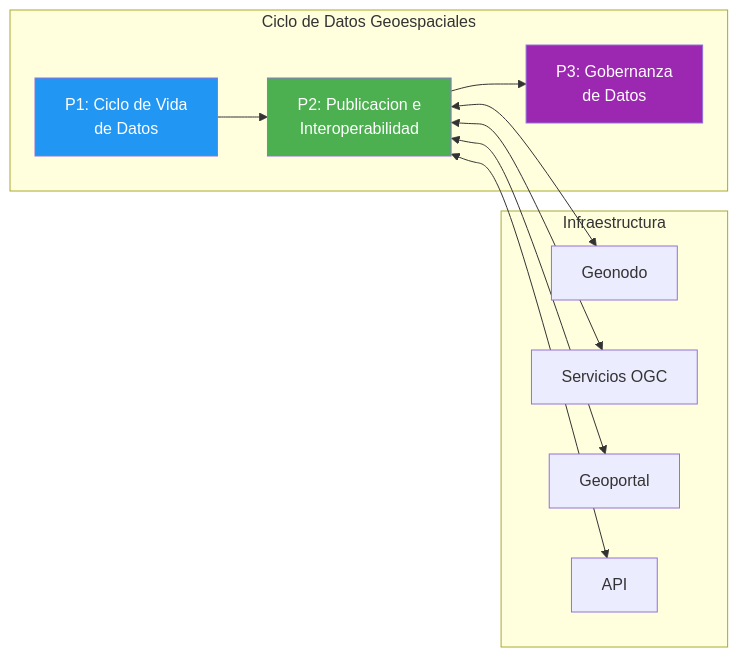
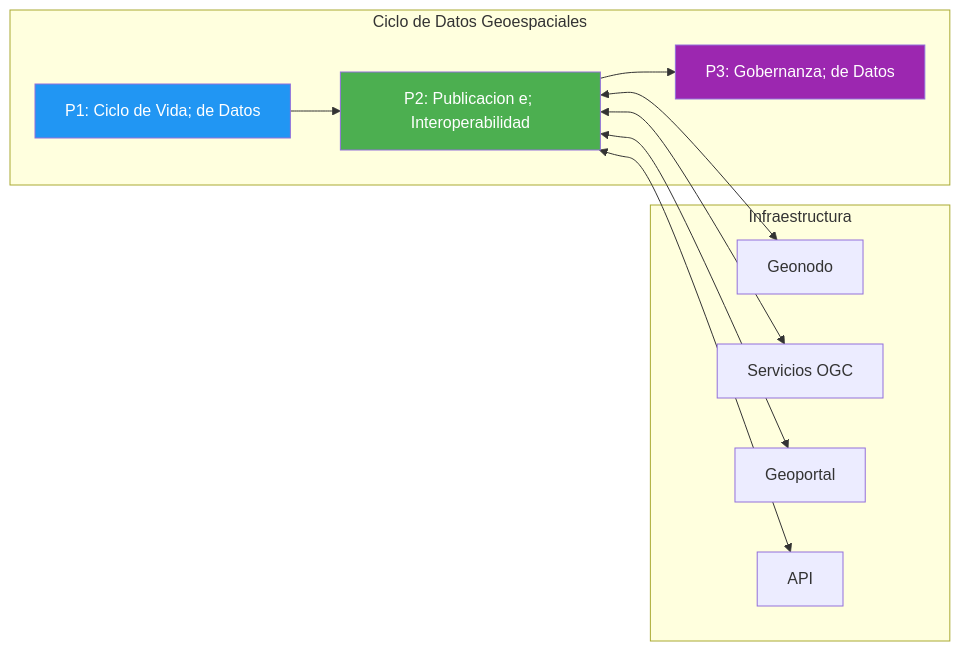
One commit to felix-antonio-sl/kora changed the first of 7 diagrams in KNOWLEDGE/gn/kb/bpmn-geoespacial-ide.md. Above: the diagram before and after it, drawn with Mermaid. The commit also changed other lines of this file and 1034 other files, not shown here.

````diff
--- a/KNOWLEDGE/gn/kb/bpmn-geoespacial-ide.md
+++ b/KNOWLEDGE/gn/kb/bpmn-geoespacial-ide.md
@@ -41,22 +51,22 @@
 ```mermaid
 flowchart LR
-    subgraph CICLO["Ciclo de Datos Geoespaciales"]
-        P1["P1: Ciclo de Vida<br/>de Datos"]
-        P2["P2: Publicacion e<br/>Interoperabilidad"]
-        P3["P3: Gobernanza<br/>de Datos"]
-    end
+ subgraph CICLO["Ciclo de Datos Geoespaciales"]
+ P1["P1: Ciclo de Vida; de Datos"]
+ P2["P2: Publicacion e; Interoperabilidad"]
+ P3["P3: Gobernanza; de Datos"]
+ end
 
-    subgraph INFRAESTRUCTURA["Infraestructura"]
-        I1["Geonodo"]
-        I2["Servicios OGC"]
-        I3["Geoportal"]
-        I4["API"]
-    end
+ subgraph INFRAESTRUCTURA["Infraestructura"]
+ I1["Geonodo"]
+ I2["Servicios OGC"]
+ I3["Geoportal"]
+ I4["API"]
+ end
 
-    P1 --> P2 --> P3
-    P2 <--> I1 & I2 & I3 & I4
+ P1 --> P2 --> P3
+ P2 <--> I1 & I2 & I3 & I4
 
-    style P1 fill:#2196F3,color:#fff
-    style P2 fill:#4CAF50,color:#fff
-    style P3 fill:#9C27B0,color:#fff
+ style P1 fill:#2196F3,color:#fff
+ style P2 fill:#4CAF50,color:#fff
+ style P3 fill:#9C27B0,color:#fff
 ```
````
